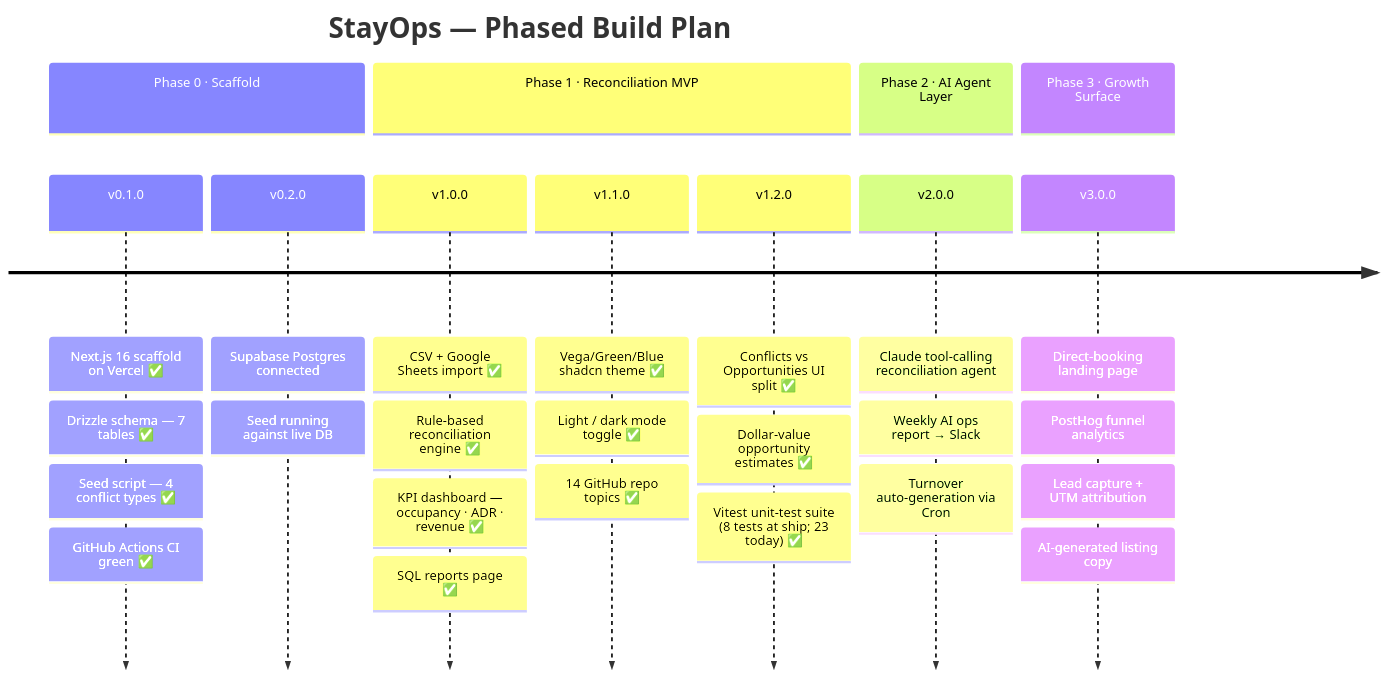
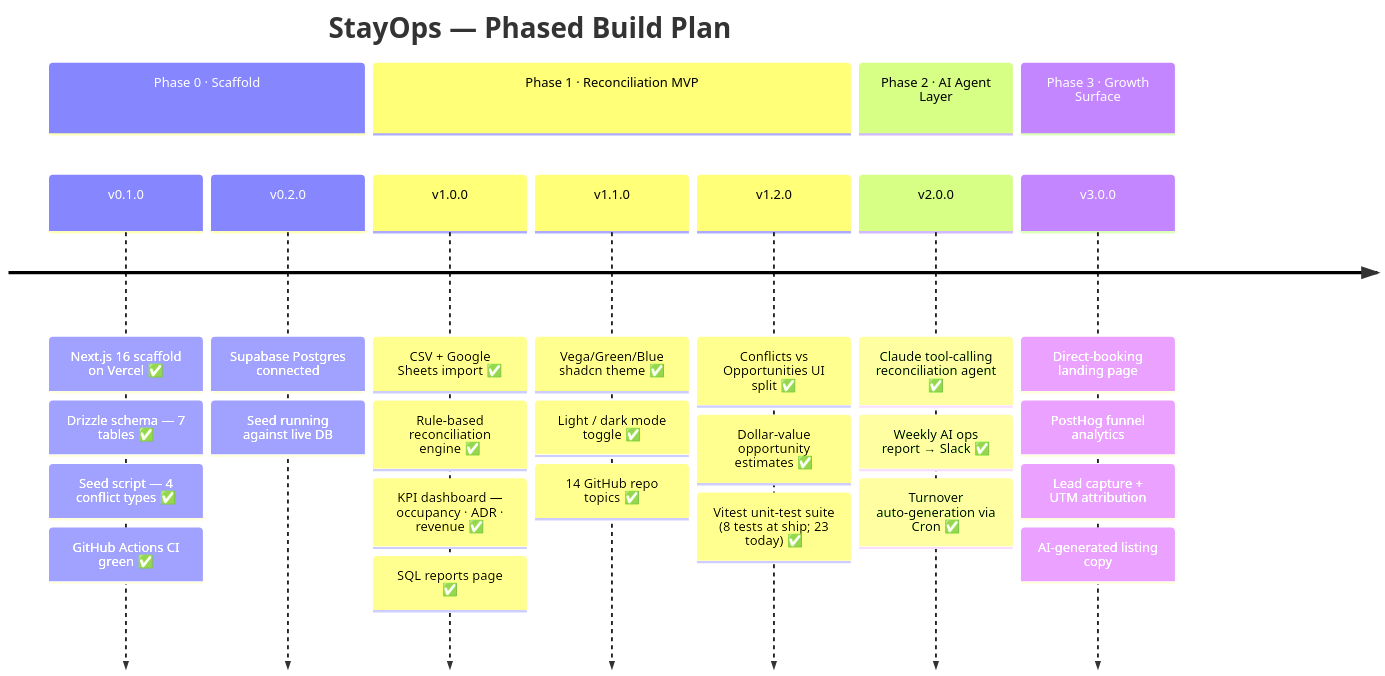
Before and after one commit to deepan-mehta-analytics/stayops: the second of 2 diagrams in README.md, drawn with Mermaid. The commit also changed other lines of this file, not shown here.

First line of the commit message:
docs: full README scan — Quick Summary v2.0.0, timeline checkmarks, repo structure Phase 2

````diff
--- a/README.md
+++ b/README.md
@@ -486,31 +504,31 @@
 ```mermaid
 timeline
     title StayOps — Phased Build Plan
     section Phase 0 · Scaffold
         v0.1.0 : Next.js 16 scaffold on Vercel ✅
                : Drizzle schema — 7 tables ✅
                : Seed script — 4 conflict types ✅
                : GitHub Actions CI green ✅
         v0.2.0 : Supabase Postgres connected
                : Seed running against live DB
     section Phase 1 · Reconciliation MVP
         v1.0.0 : CSV + Google Sheets import ✅
                : Rule-based reconciliation engine ✅
                : KPI dashboard — occupancy · ADR · revenue ✅
                : SQL reports page ✅
         v1.1.0 : Vega/Green/Blue shadcn theme ✅
                : Light / dark mode toggle ✅
                : 14 GitHub repo topics ✅
         v1.2.0 : Conflicts vs Opportunities UI split ✅
                : Dollar-value opportunity estimates ✅
                : Vitest unit-test suite (8 tests at ship; 23 today) ✅
     section Phase 2 · AI Agent Layer
-        v2.0.0 : Claude tool-calling reconciliation agent
-               : Weekly AI ops report → Slack
-               : Turnover auto-generation via Cron
+        v2.0.0 : Claude tool-calling reconciliation agent ✅
+               : Weekly AI ops report → Slack ✅
+               : Turnover auto-generation via Cron ✅
     section Phase 3 · Growth Surface
         v3.0.0 : Direct-booking landing page
                : PostHog funnel analytics
                : Lead capture + UTM attribution
                : AI-generated listing copy
 ```
````
